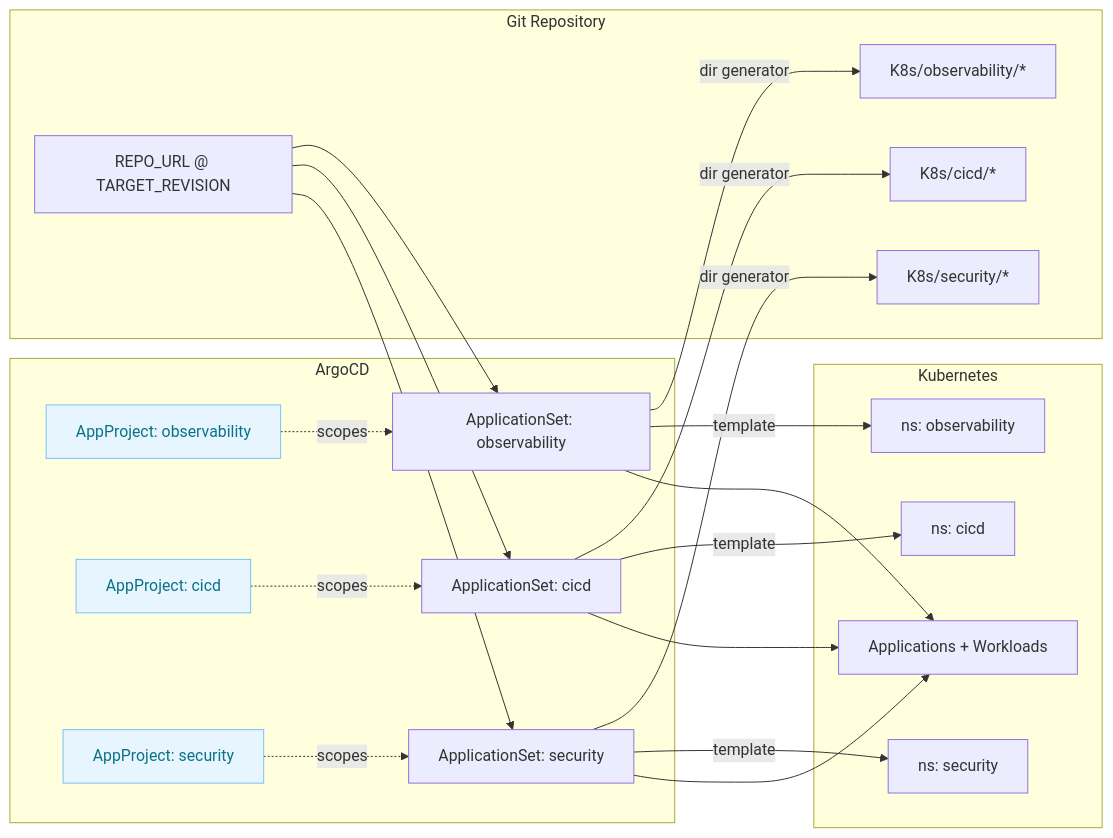
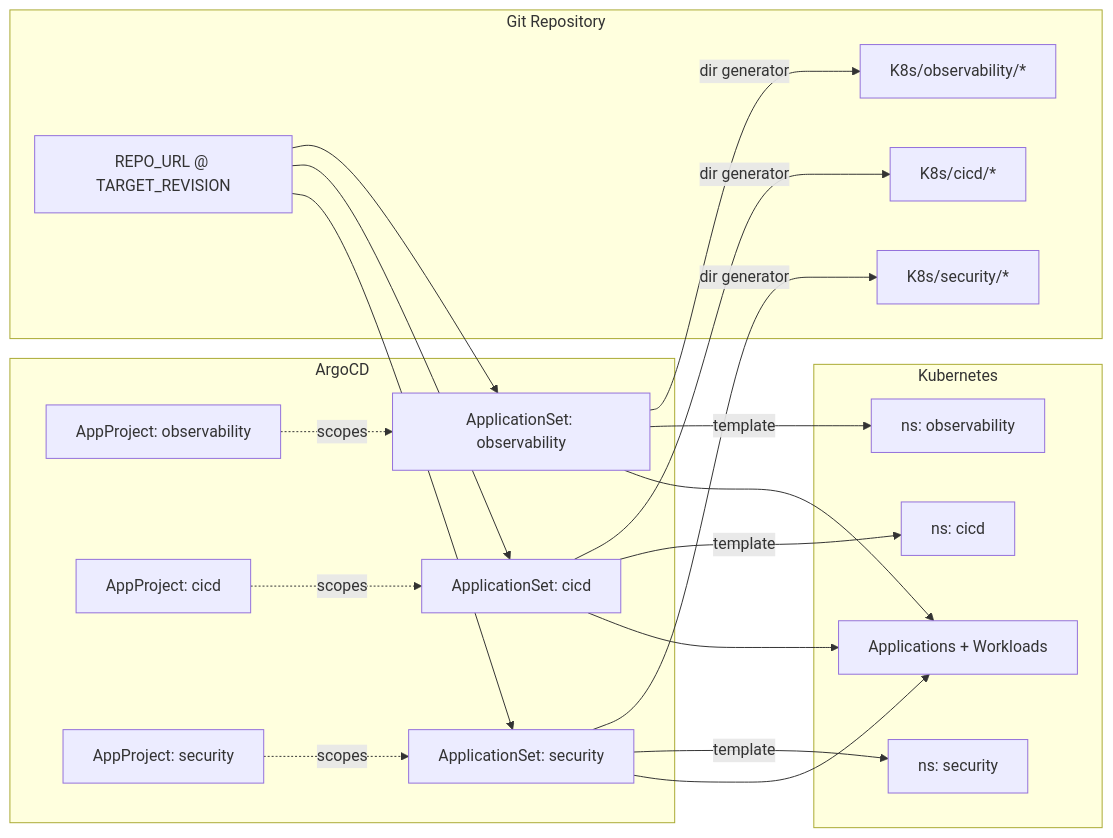
The second of 2 diagrams in Docs/concepts/gitops-model.md (rou-cru/idp-blueprint), drawn with Mermaid before and after one commit. The commit also changed other lines of this file and 7 other files, not shown here.

````diff
--- a/Docs/concepts/gitops-model.md
+++ b/Docs/concepts/gitops-model.md
@@ -68,45 +116,41 @@
 ```mermaid
 graph LR
   subgraph Git[Git Repository]
     REPO[REPO_URL @ TARGET_REVISION]
     OBS[K8s/observability/*]
     CICD[K8s/cicd/*]
     SEC[K8s/security/*]
   end
 
   subgraph ArgoCD[ArgoCD]
     AP1[AppProject: observability]
     AP2[AppProject: cicd]
     AP3[AppProject: security]
     AS1[ApplicationSet: observability]
     AS2[ApplicationSet: cicd]
     AS3[ApplicationSet: security]
   end
 
   subgraph Cluster[Kubernetes]
     NSO[ns: observability]
     NSC[ns: cicd]
     NSS[ns: security]
     APPs[Applications + Workloads]
   end
 
   REPO --> AS1
   REPO --> AS2
   REPO --> AS3
   AS1 -->|dir generator| OBS
   AS2 -->|dir generator| CICD
   AS3 -->|dir generator| SEC
   AS1 -->|template| NSO
   AS2 -->|template| NSC
   AS3 -->|template| NSS
   AS1 --> APPs
   AS2 --> APPs
   AS3 --> APPs
   AP1 -. scopes .-> AS1
   AP2 -. scopes .-> AS2
   AP3 -. scopes .-> AS3
-
-  classDef faded fill:#f6f8fa,stroke:#d0d7de,color:#24292f;
-  classDef strong fill:#e7f5ff,stroke:#74c0fc,color:#0b7285;
-  class AP1,AP2,AP3 strong;
 ```
````
